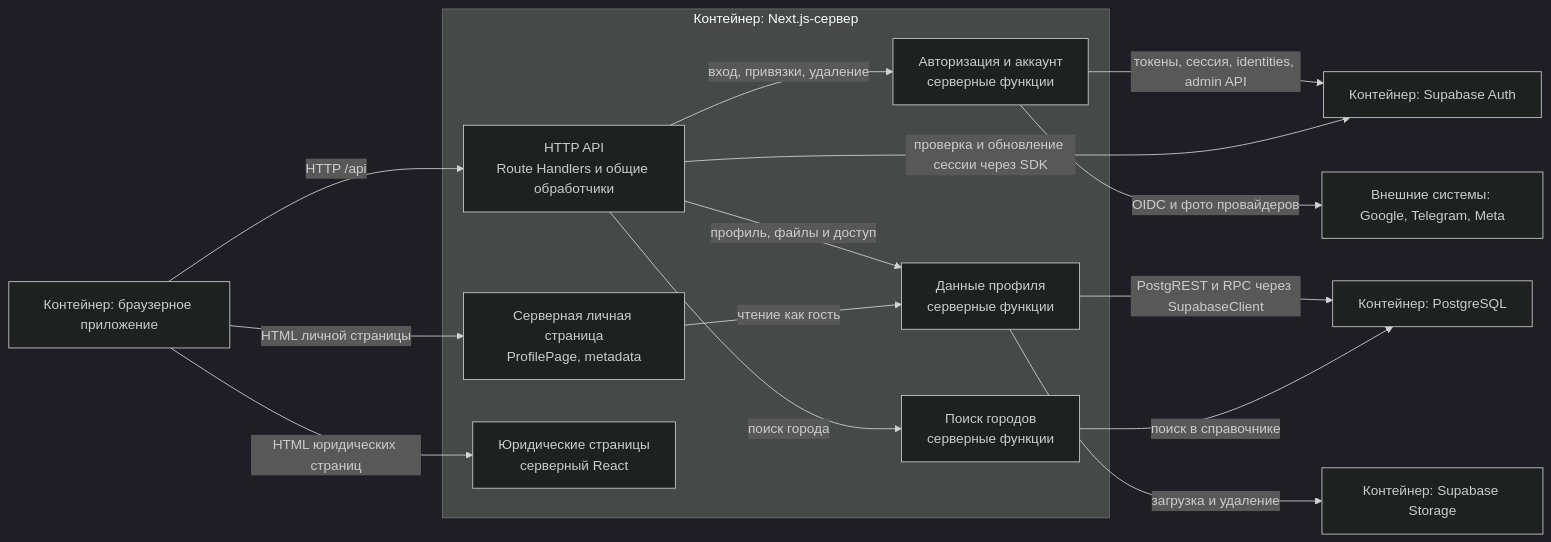
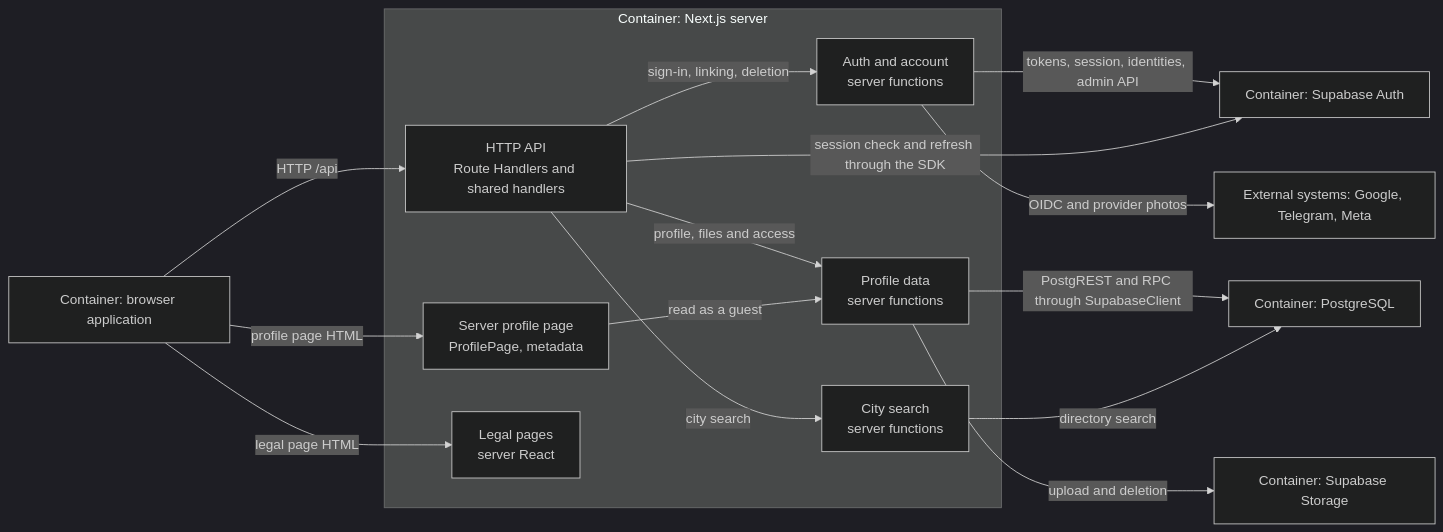
Before and after one commit to verkhoturov/freudin-website: the second of 2 diagrams in docs/architecture/3.components.md, drawn with Mermaid (dark theme). The commit also changed other lines of this file and 74 other files, not shown here.

````diff
--- a/docs/architecture/3.components.md
+++ b/docs/architecture/3.components.md
@@ -60,29 +60,29 @@
 ```mermaid
 flowchart LR
-    subgraph Next["Контейнер: Next.js-сервер"]
-        HTTP["HTTP API<br/>Route Handlers и общие обработчики"]
-        SSR["Серверная личная страница<br/>ProfilePage, metadata"]
-        Legal["Юридические страницы<br/>серверный React"]
-        Auth["Авторизация и аккаунт<br/>серверные функции"]
-        Profile["Данные профиля<br/>серверные функции"]
-        Location["Поиск городов<br/>серверные функции"]
-        HTTP -->|"вход, привязки, удаление"| Auth
-        HTTP -->|"профиль, файлы и доступ"| Profile
-        HTTP -->|"поиск города"| Location
-        SSR -->|"чтение как гость"| Profile
+    subgraph Next["Container: Next.js server"]
+        HTTP["HTTP API<br/>Route Handlers and shared handlers"]
+        SSR["Server profile page<br/>ProfilePage, metadata"]
+        Legal["Legal pages<br/>server React"]
+        Auth["Auth and account<br/>server functions"]
+        Profile["Profile data<br/>server functions"]
+        Location["City search<br/>server functions"]
+        HTTP -->|"sign-in, linking, deletion"| Auth
+        HTTP -->|"profile, files and access"| Profile
+        HTTP -->|"city search"| Location
+        SSR -->|"read as a guest"| Profile
     end
-    Browser["Контейнер: браузерное приложение"]
-    DB["Контейнер: PostgreSQL"]
-    GoTrue["Контейнер: Supabase Auth"]
-    Files["Контейнер: Supabase Storage"]
-    Providers["Внешние системы: Google, Telegram, Meta"]
+    Browser["Container: browser application"]
+    DB["Container: PostgreSQL"]
+    GoTrue["Container: Supabase Auth"]
+    Files["Container: Supabase Storage"]
+    Providers["External systems: Google, Telegram, Meta"]
     Browser -->|"HTTP /api"| HTTP
-    Browser -->|"HTML личной страницы"| SSR
-    Browser -->|"HTML юридических страниц"| Legal
-    Profile -->|"PostgREST и RPC через SupabaseClient"| DB
-    Profile -->|"загрузка и удаление"| Files
-    Location -->|"поиск в справочнике"| DB
-    Auth -->|"токены, сессия, identities, admin API"| GoTrue
-    Auth -->|"OIDC и фото провайдеров"| Providers
-    HTTP -->|"проверка и обновление сессии через SDK"| GoTrue
+    Browser -->|"profile page HTML"| SSR
+    Browser -->|"legal page HTML"| Legal
+    Profile -->|"PostgREST and RPC through SupabaseClient"| DB
+    Profile -->|"upload and deletion"| Files
+    Location -->|"directory search"| DB
+    Auth -->|"tokens, session, identities, admin API"| GoTrue
+    Auth -->|"OIDC and provider photos"| Providers
+    HTTP -->|"session check and refresh through the SDK"| GoTrue
 ```
````
